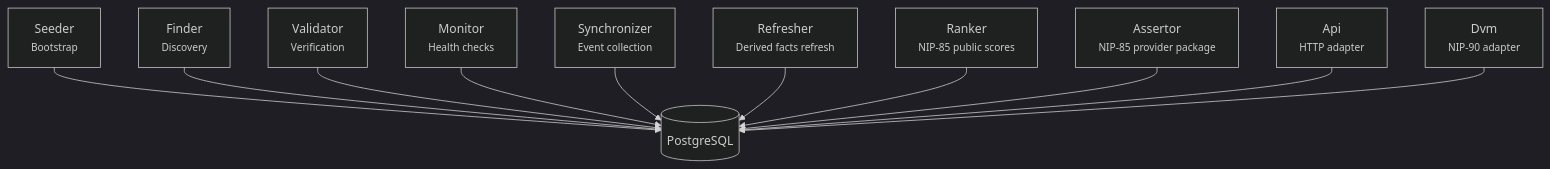
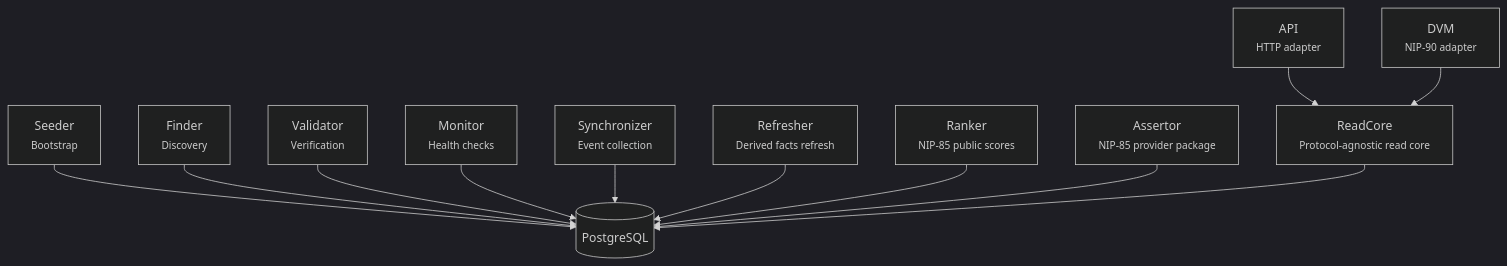
The diagram in docs/_snippets/pipeline.md (BigBrotr/bigbrotr), drawn with Mermaid (dark theme) before and after one commit. The commit also changed 6 other files, not shown here.

````diff
--- a/docs/_snippets/pipeline.md
+++ b/docs/_snippets/pipeline.md
@@ -1,26 +1,28 @@
 ```mermaid
 flowchart TD
     DB[("PostgreSQL")]
+    RC["ReadCore<br/><small>Protocol-agnostic read core</small>"]
 
     SE["Seeder<br/><small>Bootstrap</small>"]
     FI["Finder<br/><small>Discovery</small>"]
     VA["Validator<br/><small>Verification</small>"]
     MO["Monitor<br/><small>Health checks</small>"]
     SY["Synchronizer<br/><small>Event collection</small>"]
     RE["Refresher<br/><small>Derived facts refresh</small>"]
     RA["Ranker<br/><small>NIP-85 public scores</small>"]
     AS["Assertor<br/><small>NIP-85 provider package</small>"]
-    AP["Api<br/><small>HTTP adapter</small>"]
-    DV["Dvm<br/><small>NIP-90 adapter</small>"]
+    AP["API<br/><small>HTTP adapter</small>"]
+    DV["DVM<br/><small>NIP-90 adapter</small>"]
 
     SE --> DB
     FI --> DB
     VA --> DB
     MO --> DB
     SY --> DB
     RE --> DB
     RA --> DB
     AS --> DB
-    AP --> DB
-    DV --> DB
+    AP --> RC
+    DV --> RC
+    RC --> DB
 ```
````
